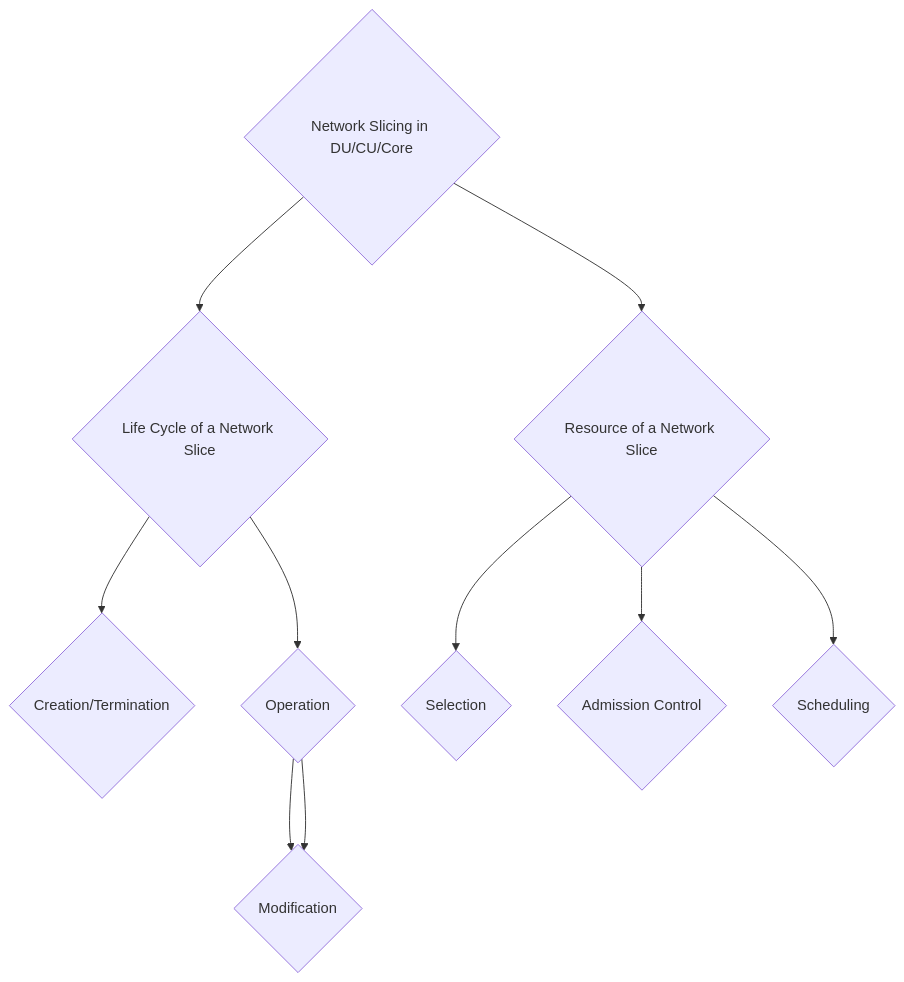
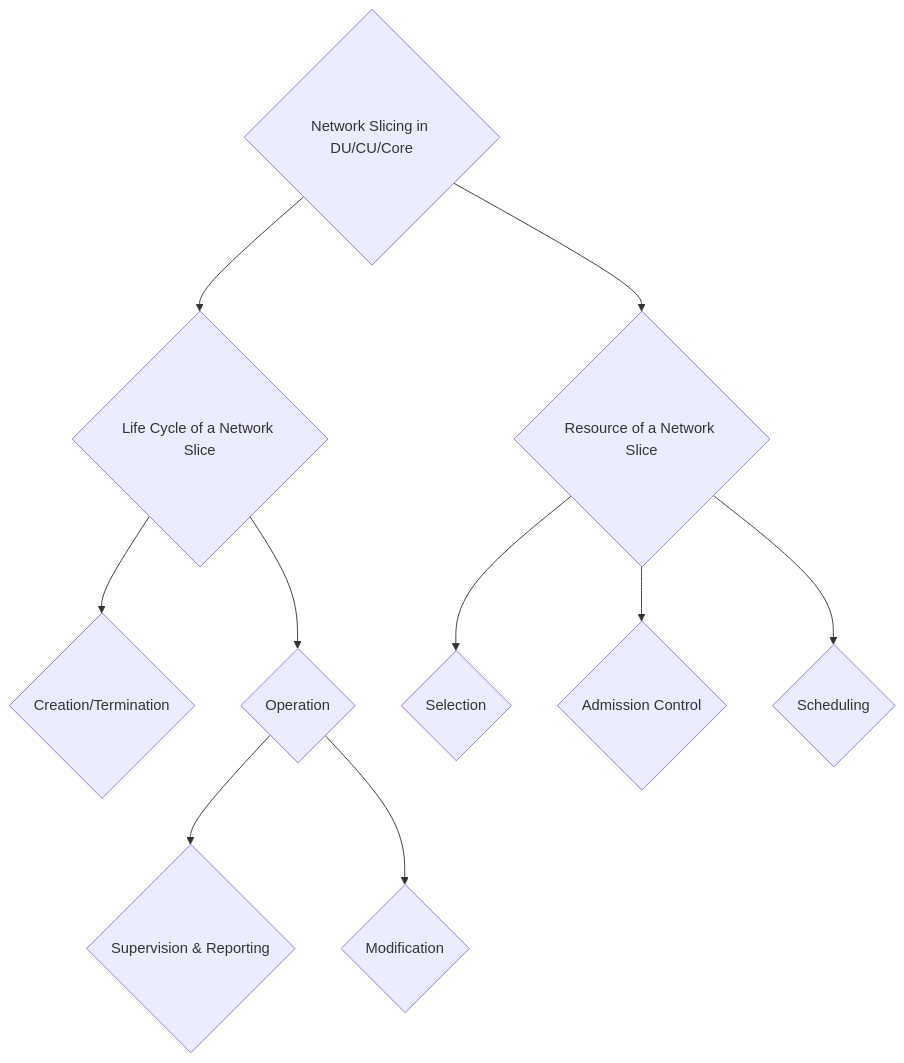
Before and after one commit to bmw-ece-ntust/guideline-template: the diagram in studyNotes/20240815 Study Note (RAN Slicing Architecture Requirements).md, drawn with Mermaid.

Commit message:
update note

````diff
--- a/studyNotes/20240815 Study Note (RAN Slicing Architecture Requirements).md
+++ b/studyNotes/20240815 Study Note (RAN Slicing Architecture Requirements).md
@@ -46,12 +46,12 @@
 ```mermaid
 graph TD;
 	A{Network Slicing in DU/CU/Core}-->B{Life Cycle of a Network Slice};
 	A{Network Slicing in DU/CU/Core}-->C{Resource of a Network Slice};
 	B-->D{Creation/Termination};
 	B-->E{Operation};
 	E-->F{Supervision & Reporting};
-	E-->F{Modification};
+	E-->J{Modification};
 	C-->G{Selection};
 	C-->H{Admission Control};
 	C-->I{Scheduling};
 ```
````
